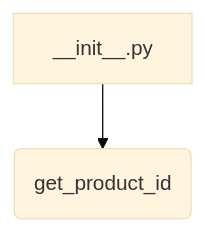
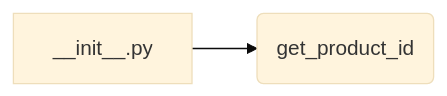
Before and after one commit to hypo69/hypo: the first of 2 diagrams in docs/gemini/ru/explainer/src/suppliers/aliexpress/api/tools/__init__.md, drawn with Mermaid (base theme). The commit also changed other lines of this file and 468 other files, not shown here.

````diff
--- a/docs/gemini/ru/explainer/src/suppliers/aliexpress/api/tools/__init__.md
+++ b/docs/gemini/ru/explainer/src/suppliers/aliexpress/api/tools/__init__.md
@@ -16,4 +17,4 @@
 ```mermaid
-graph TD
+graph LR
     A[__init__.py] --> B(get_product_id);
 ```
````
